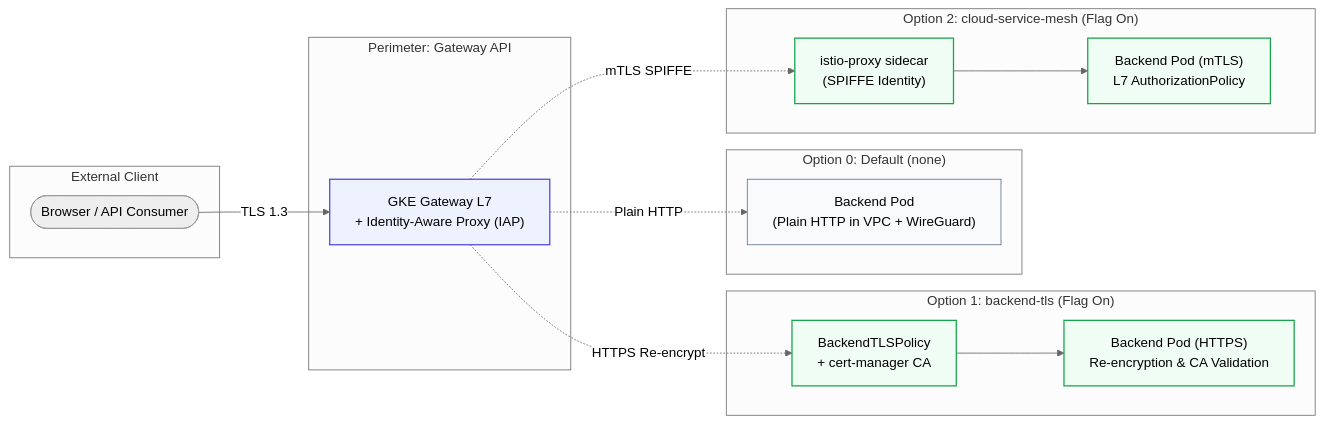
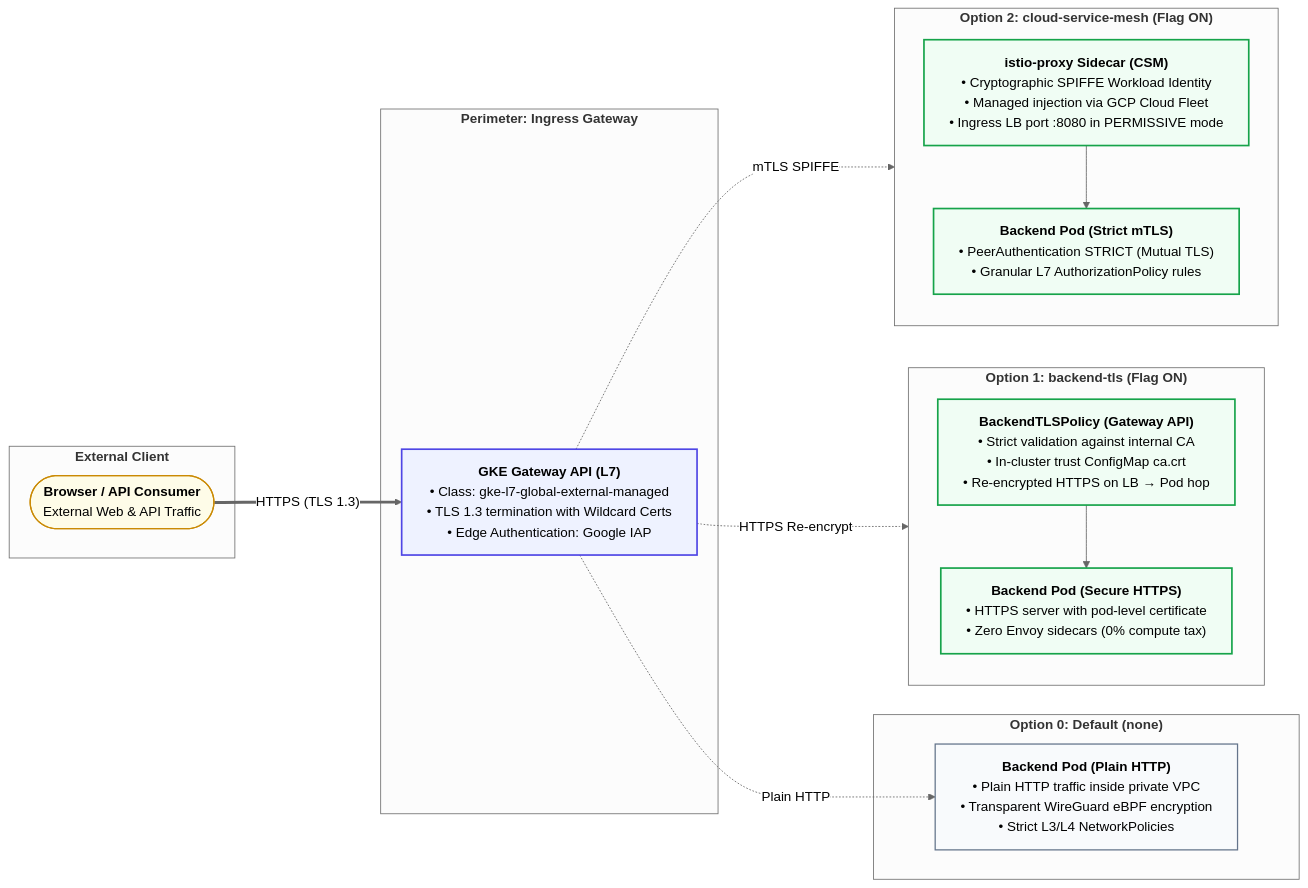
One commit to nubenetes/traefik-fqdn-management-poc-openshift-aws changed the second of 2 diagrams in LINKEDIN_NEWSLETTER_EN.md. Above: the diagram before and after it, drawn with Mermaid (neutral theme). The commit also changed other lines of this file and 1 other file, not shown here.

Commit message:
docs(newsletter): expand mermaid box dimensions, node padding, and wrapping widths

````diff
--- a/LINKEDIN_NEWSLETTER_EN.md
+++ b/LINKEDIN_NEWSLETTER_EN.md
@@ -239,35 +239,43 @@
 ```mermaid
-%%{init: {"flowchart": {"wrappingWidth": 340, "nodePadding": 24}}}%%
+%%{init: {"flowchart": {"wrappingWidth": 400, "nodePadding": 28, "diagramPadding": 30}}}%%
 flowchart LR
-    subgraph Client["External Client"]
-      User(["Browser / API Consumer"])
+    subgraph Client["<b>External Client</b>"]
+      User(["<b>Browser / API Consumer</b><br/>External Web & API Traffic"])
     end
 
-    subgraph Edge["Perimeter: Gateway API"]
-      GW["GKE Gateway L7<br/>+ Identity-Aware Proxy (IAP)"]
+    subgraph Edge["<b>Perimeter: Ingress Gateway</b>"]
+      GW["<b>GKE Gateway API (L7)</b><br/>• Class: gke-l7-global-external-managed<br/>• TLS 1.3 termination with Wildcard Certs<br/>• Edge Authentication: Google IAP"]
     end
 
-    subgraph Flag0["Option 0: Default (none)"]
-      Pod0["Backend Pod<br/>(Plain HTTP in VPC + WireGuard)"]
+    subgraph Flag0["<b>Option 0: Default (none)</b>"]
+      Pod0["<b>Backend Pod (Plain HTTP)</b><br/>• Plain HTTP traffic inside private VPC<br/>• Transparent WireGuard eBPF encryption<br/>• Strict L3/L4 NetworkPolicies"]
     end
 
-    subgraph Flag1["Option 1: backend-tls (Flag On)"]
-      BTP["BackendTLSPolicy<br/>+ cert-manager CA"] --> Pod1["Backend Pod (HTTPS)<br/>Re-encryption & CA Validation"]
+    subgraph Flag1["<b>Option 1: backend-tls (Flag ON)</b>"]
+      direction TB
+      BTP["<b>BackendTLSPolicy (Gateway API)</b><br/>• Strict validation against internal CA<br/>• In-cluster trust ConfigMap ca.crt<br/>• Re-encrypted HTTPS on LB → Pod hop"]
+      Pod1["<b>Backend Pod (Secure HTTPS)</b><br/>• HTTPS server with pod-level certificate<br/>• Zero Envoy sidecars (0% compute tax)"]
+      BTP --> Pod1
     end
 
-    subgraph Flag2["Option 2: cloud-service-mesh (Flag On)"]
-      Proxy["istio-proxy sidecar<br/>(SPIFFE Identity)"] --> Pod2["Backend Pod (mTLS)<br/>L7 AuthorizationPolicy"]
+    subgraph Flag2["<b>Option 2: cloud-service-mesh (Flag ON)</b>"]
+      direction TB
+      Proxy["<b>istio-proxy Sidecar (CSM)</b><br/>• Cryptographic SPIFFE Workload Identity<br/>• Managed injection via GCP Cloud Fleet<br/>• Ingress LB port :8080 in PERMISSIVE mode"]
+      Pod2["<b>Backend Pod (Strict mTLS)</b><br/>• PeerAuthentication STRICT (Mutual TLS)<br/>• Granular L7 AuthorizationPolicy rules"]
+      Proxy --> Pod2
     end
 
-    User -->|"TLS 1.3"| GW
+    User ==>|"HTTPS (TLS 1.3)"| GW
     GW -.->|"Plain HTTP"| Pod0
     GW -.->|"HTTPS Re-encrypt"| BTP
     GW -.->|"mTLS SPIFFE"| Proxy
 
-    classDef edge fill:#eef2ff,stroke:#4f46e5,stroke-width:1.5px;
-    classDef opt fill:#f8fafc,stroke:#64748b,stroke-width:1px;
-    classDef secure fill:#f0fdf4,stroke:#16a34a,stroke-width:1.5px;
+    classDef edge fill:#eef2ff,stroke:#4f46e5,stroke-width:2px;
+    classDef opt fill:#f8fafc,stroke:#64748b,stroke-width:1.5px;
+    classDef secure fill:#f0fdf4,stroke:#16a34a,stroke-width:2px;
+    classDef user fill:#fefce8,stroke:#ca8a04,stroke-width:1.5px;
     class GW edge;
     class Pod0 opt;
     class BTP,Pod1,Proxy,Pod2 secure;
+    class User user;
 ```
````
